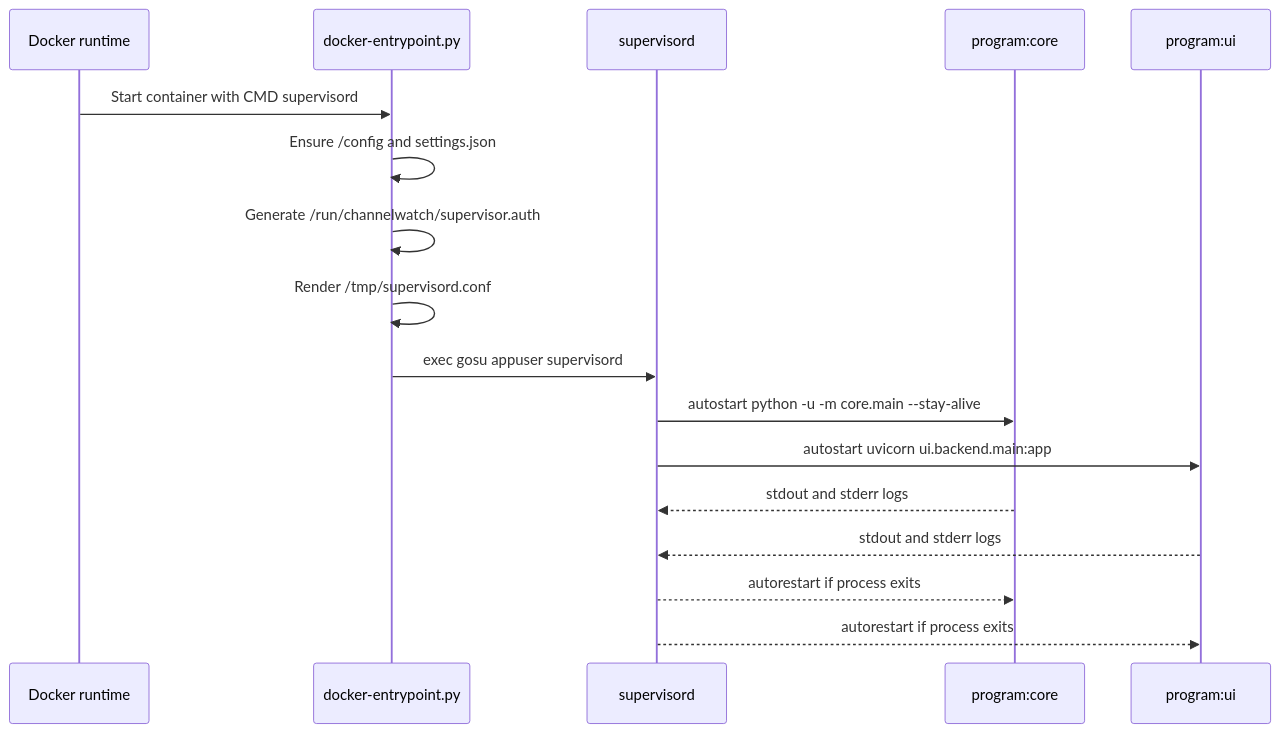
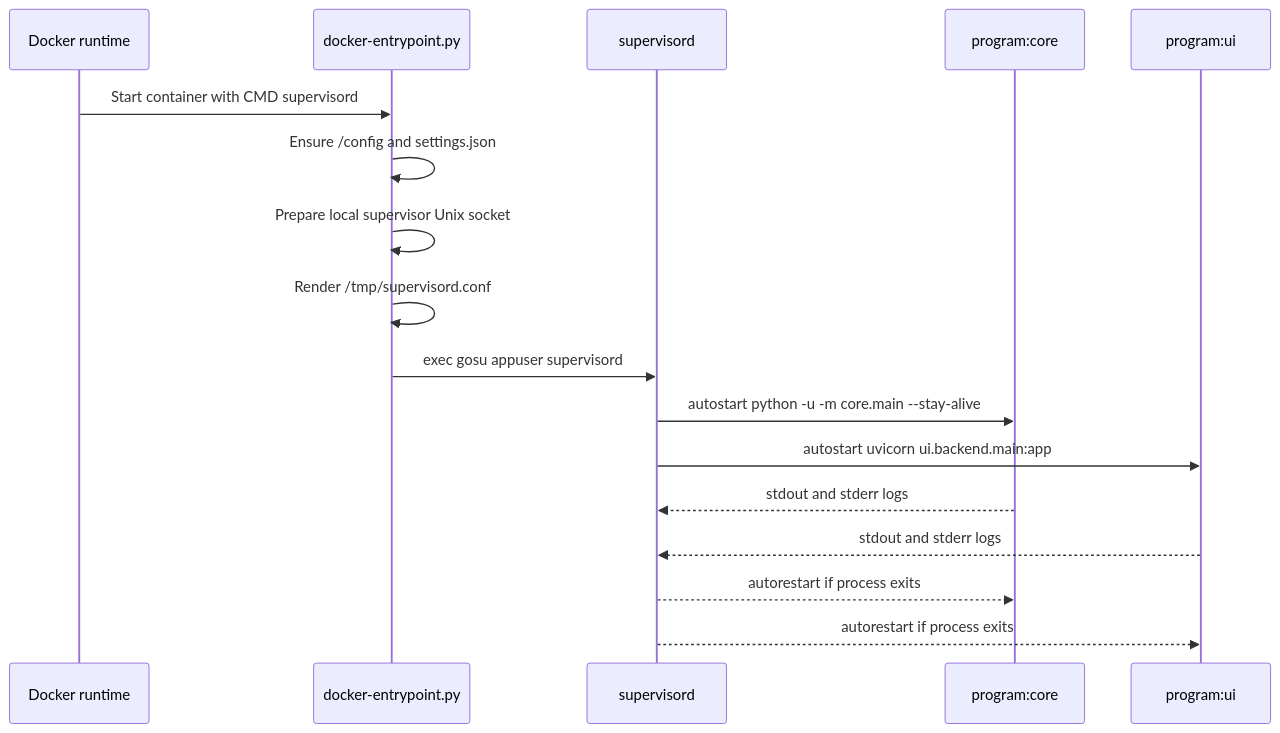
One commit to CoderLuii/ChannelWatch changed the diagram in docs/explanation/two-process-model.md. Above: the diagram before and after it, drawn with Mermaid. The commit also changed other lines of this file and 30 other files, not shown here.

````diff
--- a/docs/explanation/two-process-model.md
+++ b/docs/explanation/two-process-model.md
@@ -38,20 +38,20 @@
 ```mermaid
 sequenceDiagram
     participant Docker as Docker runtime
     participant Entrypoint as docker-entrypoint.py
     participant Supervisor as supervisord
     participant Core as program:core
     participant UI as program:ui
 
     Docker->>Entrypoint: Start container with CMD supervisord
     Entrypoint->>Entrypoint: Ensure /config and settings.json
-    Entrypoint->>Entrypoint: Generate /run/channelwatch/supervisor.auth
+    Entrypoint->>Entrypoint: Prepare local supervisor Unix socket
     Entrypoint->>Entrypoint: Render /tmp/supervisord.conf
     Entrypoint->>Supervisor: exec gosu appuser supervisord
     Supervisor->>Core: autostart python -u -m core.main --stay-alive
     Supervisor->>UI: autostart uvicorn ui.backend.main:app
     Core-->>Supervisor: stdout and stderr logs
     UI-->>Supervisor: stdout and stderr logs
     Supervisor-->>Core: autorestart if process exits
     Supervisor-->>UI: autorestart if process exits
 ```
````
